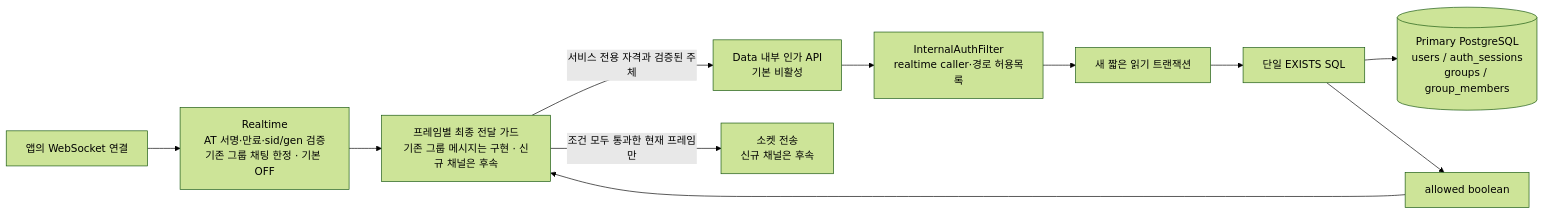
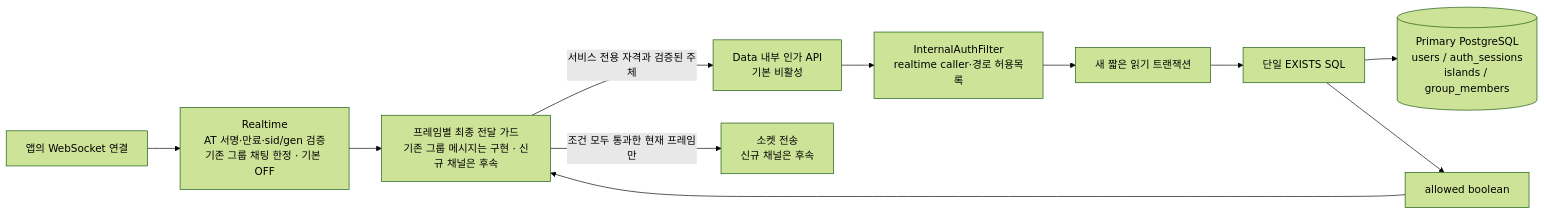
One commit to OneOrThree/phone changed the first of 2 diagrams in docs/architecture/realtime-membership-authorization.md. Above: the diagram before and after it, drawn with Mermaid (forest theme). The commit also changed other lines of this file and 1078 other files, not shown here.

````diff
--- a/docs/architecture/realtime-membership-authorization.md
+++ b/docs/architecture/realtime-membership-authorization.md
@@ -11,13 +11,13 @@
 ```mermaid
 flowchart LR
     App["앱의 WebSocket 연결"] --> RT["Realtime<br/>AT 서명·만료·sid/gen 검증<br/>기존 그룹 채팅 한정 · 기본 OFF"]
     RT --> Guard["프레임별 최종 전달 가드<br/>기존 그룹 메시지는 구현 · 신규 채널은 후속"]
     Guard -->|서비스 전용 자격과 검증된 주체| API["Data 내부 인가 API<br/>기본 비활성"]
     API --> Auth["InternalAuthFilter<br/>realtime caller·경로 허용목록"]
     Auth --> Service["새 짧은 읽기 트랜잭션"]
     Service --> SQL["단일 EXISTS SQL"]
-    SQL --> DB[("Primary PostgreSQL<br/>users / auth_sessions<br/>groups / group_members")]
+    SQL --> DB[("Primary PostgreSQL<br/>users / auth_sessions<br/>islands / group_members")]
     SQL --> Result["allowed boolean"]
     Result --> Guard
     Guard -->|조건 모두 통과한 현재 프레임만| Socket["소켓 전송<br/>신규 채널은 후속"]
 ```
````
